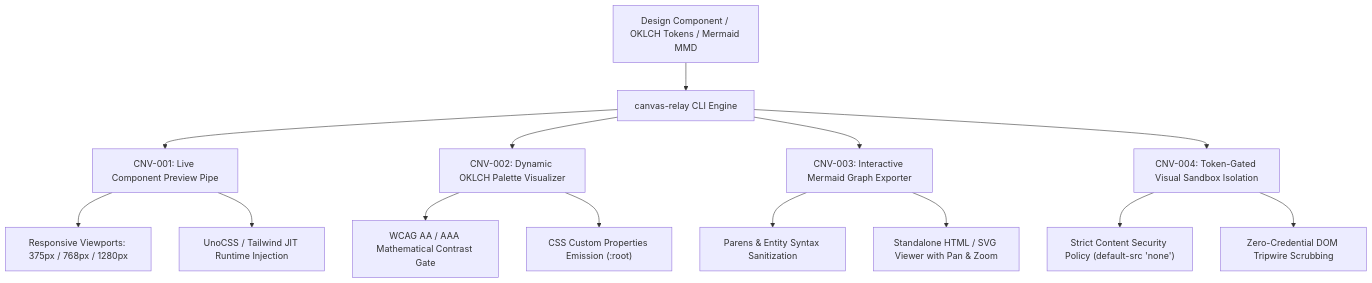
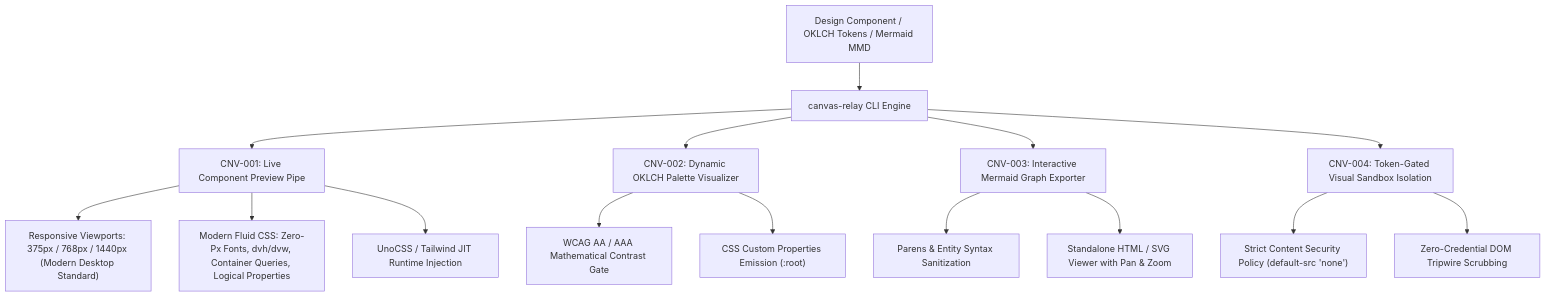
One commit to harshsinghmp/muse-skills changed the diagram in skills/agency-delivery/design/references/canvas.md. Above: the diagram before and after it, drawn with Mermaid. The commit also changed other lines of this file and 5 other files, not shown here.

Commit message:
feat(design): upgrade canvas to 1440px desktop standard and modern fluid css guidelines

````diff
--- a/skills/agency-delivery/design/references/canvas.md
+++ b/skills/agency-delivery/design/references/canvas.md
@@ -13,20 +13,21 @@
 ```mermaid
 flowchart TD
     Asset["Design Component / OKLCH Tokens / Mermaid MMD"] --> Relay["canvas-relay CLI Engine"]
     
     Relay --> Pipe["CNV-001: Live Component Preview Pipe"]
-    Pipe --> Viewports["Responsive Viewports: 375px / 768px / 1280px"]
+    Pipe --> Viewports["Responsive Viewports: 375px / 768px / 1440px (Modern Desktop Standard)"]
+    Pipe --> Fluid["Modern Fluid CSS: Zero-Px Fonts, dvh/dvw, Container Queries, Logical Properties"]
     Pipe --> Runtime["UnoCSS / Tailwind JIT Runtime Injection"]
     
     Relay --> Palette["CNV-002: Dynamic OKLCH Palette Visualizer"]
     Palette --> Contrast["WCAG AA / AAA Mathematical Contrast Gate"]
     Palette --> Tokens["CSS Custom Properties Emission (:root)"]
     
     Relay --> Exporter["CNV-003: Interactive Mermaid Graph Exporter"]
     Exporter --> SyntaxAudit["Parens & Entity Syntax Sanitization"]
     Exporter --> Standalone["Standalone HTML / SVG Viewer with Pan & Zoom"]
     
     Relay --> Sandbox["CNV-004: Token-Gated Visual Sandbox Isolation"]
     Sandbox --> CSP["Strict Content Security Policy (default-src 'none')"]
     Sandbox --> Scrubbing["Zero-Credential DOM Tripwire Scrubbing"]
 ```
````
